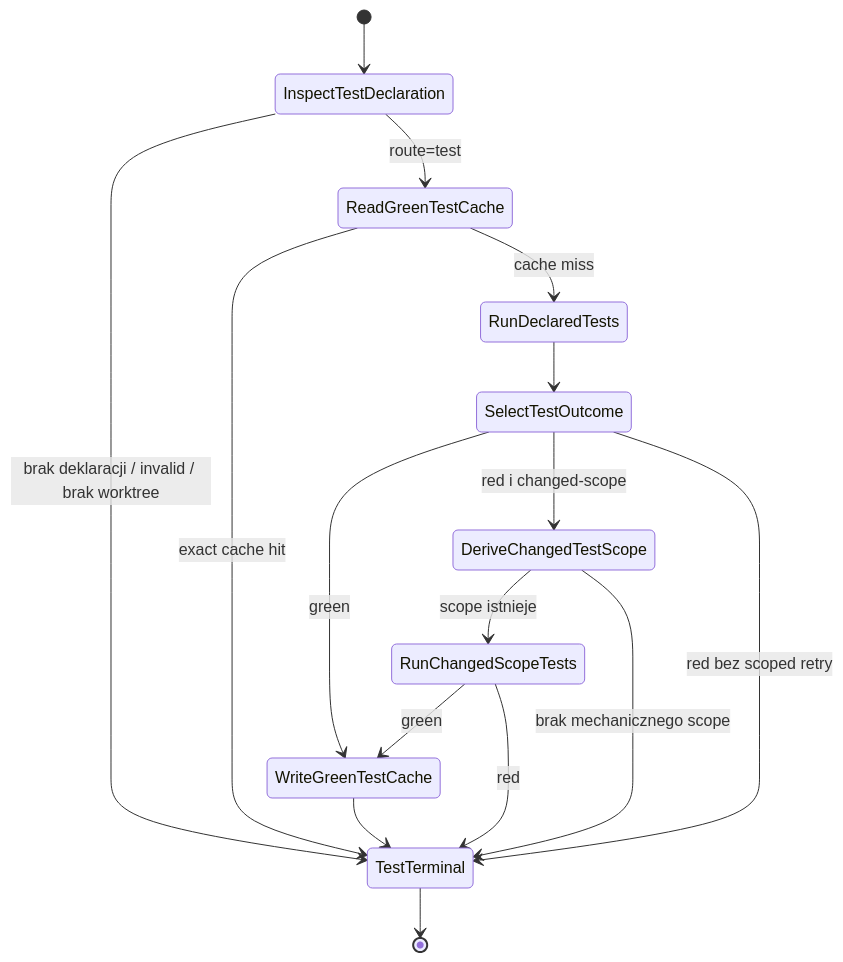
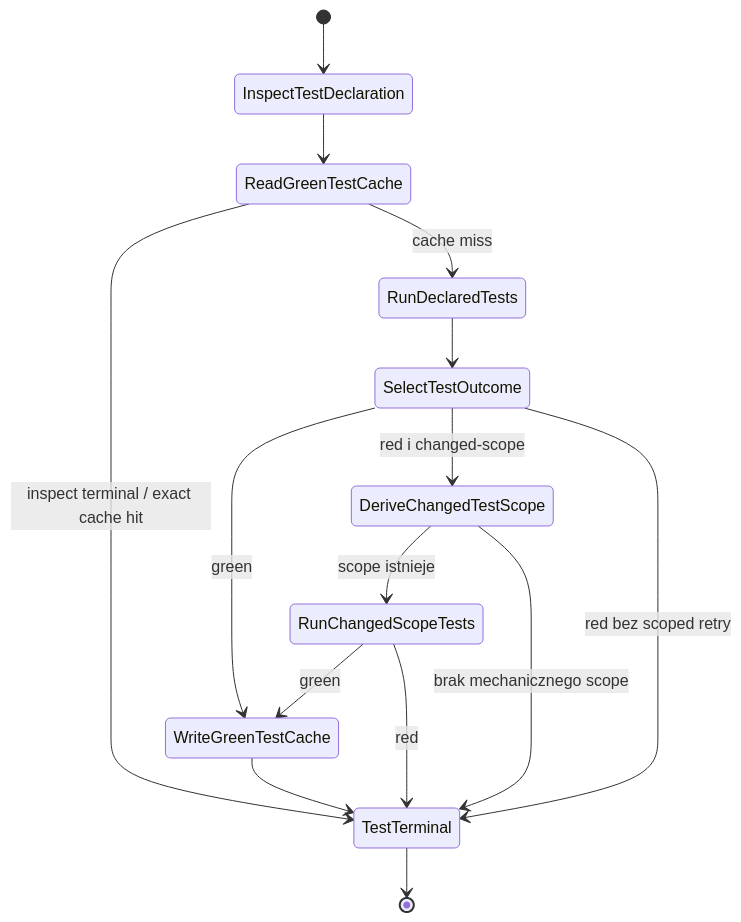
Before and after one commit to mikolaj92/lokay: diagram 20 of 47 in README.md, drawn with Mermaid. The commit also changed 5 other files, not shown here.

First line of the commit message:
Always run test_local cache so skip is a route

````diff
--- a/README.md
+++ b/README.md
@@ -600,18 +600,17 @@
 ```mermaid
 stateDiagram-v2
     [*] --> InspectTestDeclaration
-    InspectTestDeclaration --> TestTerminal: brak deklaracji / invalid / brak worktree
-    InspectTestDeclaration --> ReadGreenTestCache: route=test
-    ReadGreenTestCache --> TestTerminal: exact cache hit
+    InspectTestDeclaration --> ReadGreenTestCache
+    ReadGreenTestCache --> TestTerminal: inspect terminal / exact cache hit
     ReadGreenTestCache --> RunDeclaredTests: cache miss
     RunDeclaredTests --> SelectTestOutcome
     SelectTestOutcome --> WriteGreenTestCache: green
     SelectTestOutcome --> DeriveChangedTestScope: red i changed-scope
     SelectTestOutcome --> TestTerminal: red bez scoped retry
     DeriveChangedTestScope --> RunChangedScopeTests: scope istnieje
     DeriveChangedTestScope --> TestTerminal: brak mechanicznego scope
     RunChangedScopeTests --> WriteGreenTestCache: green
     RunChangedScopeTests --> TestTerminal: red
     WriteGreenTestCache --> TestTerminal
     TestTerminal --> [*]
 ```
````
